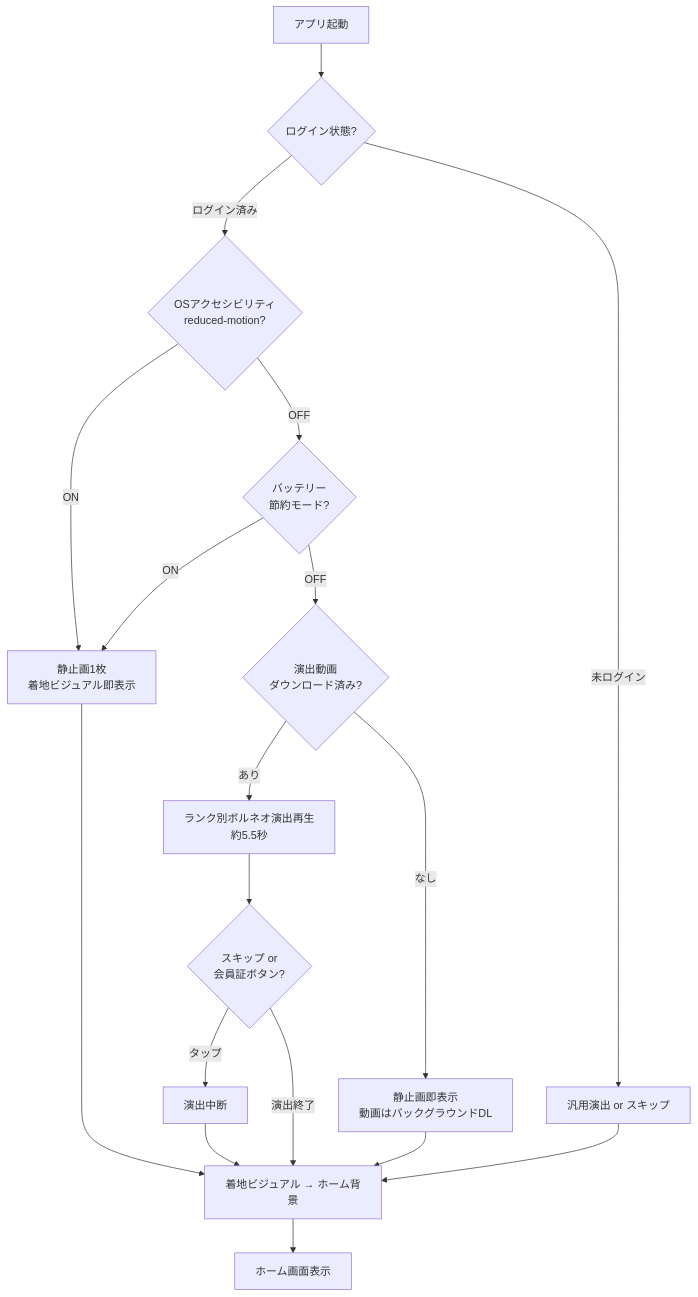
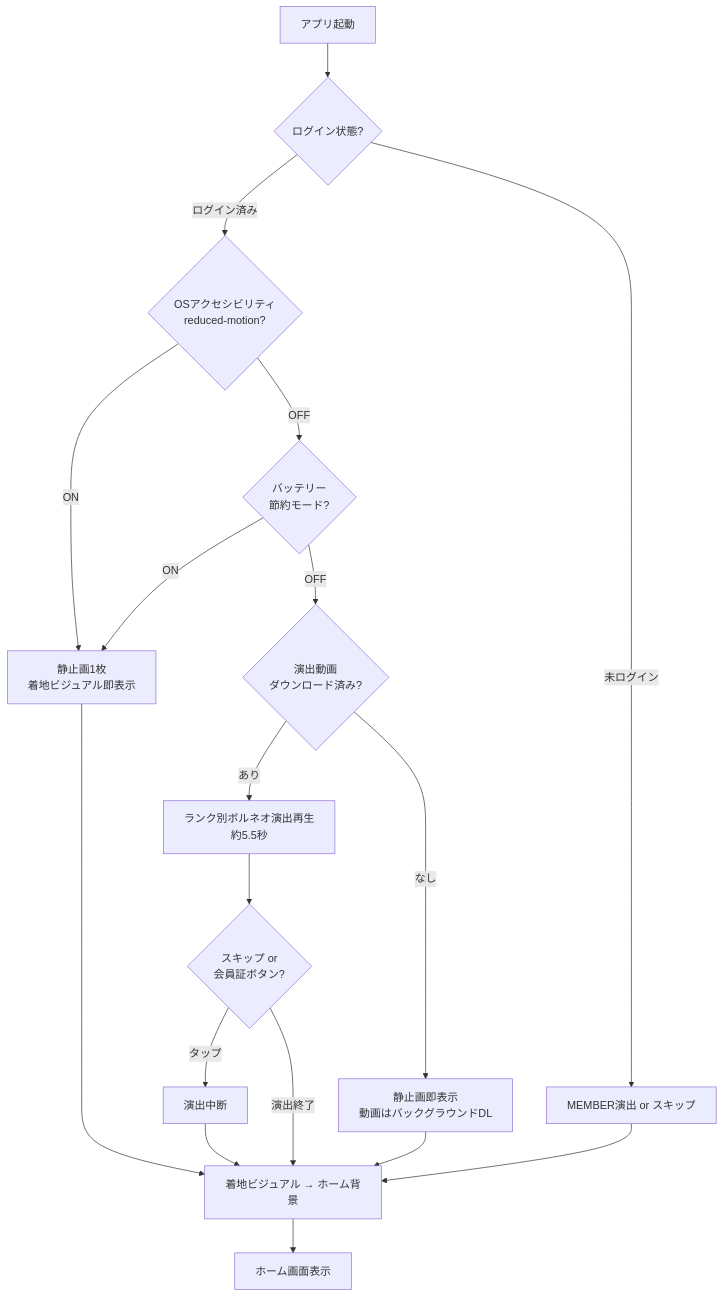
One commit to YukaHasebe/bi-su-app changed the second of 14 diagrams in docs/03_ユーザーストーリー.md. Above: the diagram before and after it, drawn with Mermaid. The commit also changed other lines of this file and 3 other files, not shown here.

First line of the commit message:
docs: フロー図修正 — ゲスト起動演出=MEMBER・ゲストタブ接続・店舗一覧一覧バグ修正

````diff
--- a/docs/03_ユーザーストーリー.md
+++ b/docs/03_ユーザーストーリー.md
@@ -199,20 +199,20 @@
 ```mermaid
 flowchart TD
     A[アプリ起動] --> B{ログイン状態?}
     B -- ログイン済み --> C{OSアクセシビリティ<br/>reduced-motion?}
     C -- ON --> D[静止画1枚<br/>着地ビジュアル即表示]
     C -- OFF --> E{バッテリー<br/>節約モード?}
     E -- ON --> D
     E -- OFF --> F{演出動画<br/>ダウンロード済み?}
     F -- あり --> G[ランク別ボルネオ演出再生<br/>約5.5秒]
     F -- なし --> H[静止画即表示<br/>動画はバックグラウンドDL]
-    B -- 未ログイン --> I[汎用演出 or スキップ]
+    B -- 未ログイン --> I[MEMBER演出 or スキップ]
     G --> J{スキップ or<br/>会員証ボタン?}
     J -- タップ --> K[演出中断]
     J -- 演出終了 --> L[着地ビジュアル → ホーム背景]
     K --> L
     I --> L
     D --> L
     H --> L
     L --> M[ホーム画面表示]
 ```
````
